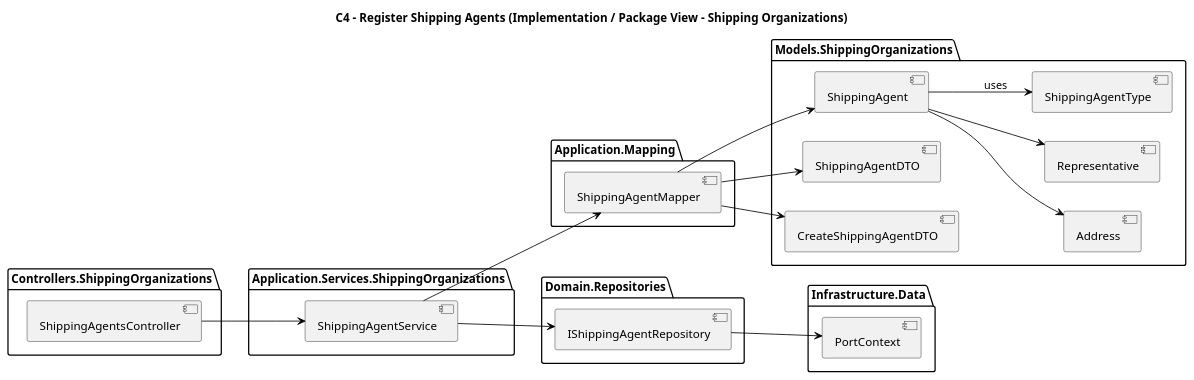
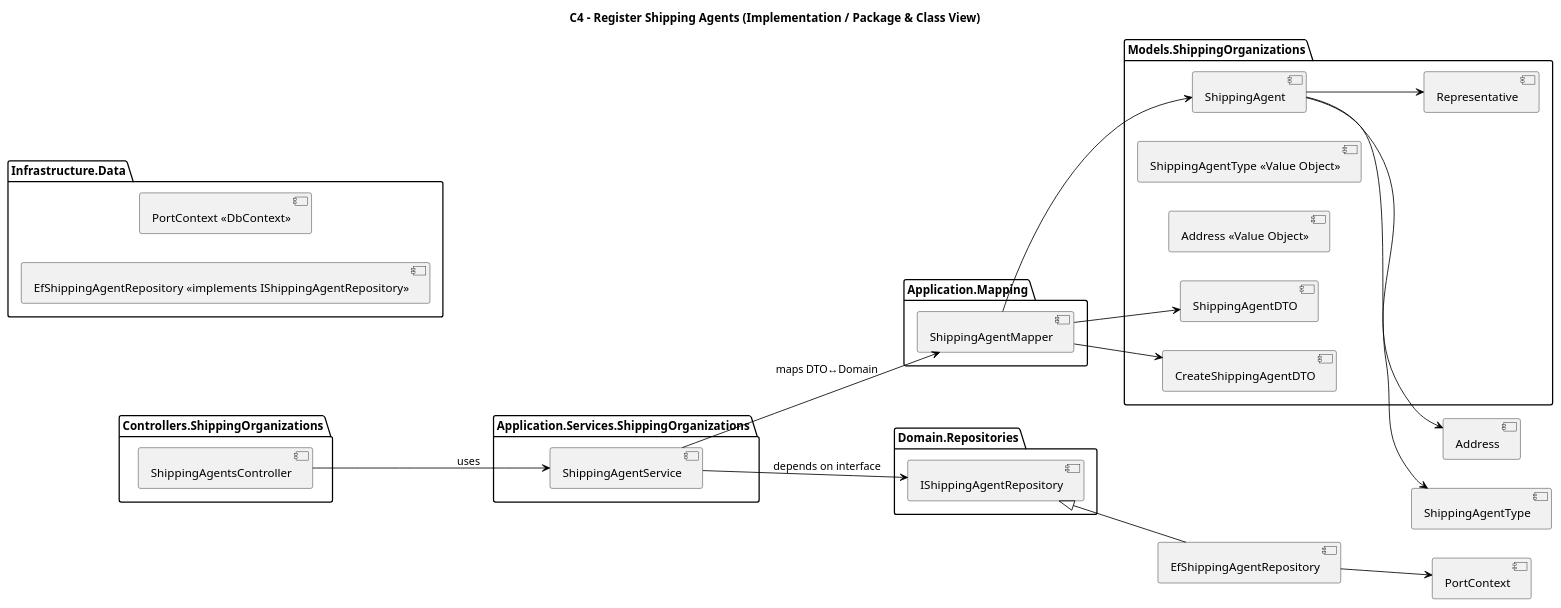
The diagram in Docs/Sprint A/US 2.2.5/Modelo c4/C4_impl.puml (Departamento-de-Engenharia-Informatica/LEI-SEM5-PI-2025-26-3DM-03), drawn with PlantUML before and after one commit. The commit also changed 11 other files, not shown here.

```diff
--- a/Docs/Sprint A/US 2.2.5/Modelo c4/C4_impl.puml
+++ b/Docs/Sprint A/US 2.2.5/Modelo c4/C4_impl.puml
@@ -1,59 +1,67 @@
 @startuml C4_Register_Shipping_Agents_Implementation_View
-title C4 – Register Shipping Agents (Implementation / Package View – Shipping Organizations)
+title C4 – Register Shipping Agents (Implementation / Package & Class View)
 left to right direction
 hide empty members
 
 skinparam package {
   BackgroundColor White
   BorderColor Black
   FontColor Black
+  FontStyle bold
 }
-skinparam arrow {
-  Color Black
-}
+skinparam arrow { 
+  Color Black 
+  }
+
+' ================================
+' Pacotes por camada
+' ================================
 
 package "Controllers.ShippingOrganizations" {
   [ShippingAgentsController]
 }
 
 package "Application.Services.ShippingOrganizations" {
   [ShippingAgentService]
 }
 
 package "Application.Mapping" {
   [ShippingAgentMapper]
 }
 
 package "Domain.Repositories" {
   [IShippingAgentRepository]
 }
 
 package "Models.ShippingOrganizations" {
   [ShippingAgent]
+  [ShippingAgentType <<Value Object>>]
+  [Address <<Value Object>>]
+  [Representative]
   [ShippingAgentDTO]
   [CreateShippingAgentDTO]
-  [Address]
-  [Representative]
-  [ShippingAgentType]
 }
 
 package "Infrastructure.Data" {
-  [PortContext]
+  [PortContext <<DbContext>>]
+  [EfShippingAgentRepository <<implements IShippingAgentRepository>>]
 }
 
-
-[ShippingAgentsController] --> [ShippingAgentService]
-[ShippingAgentService] --> [ShippingAgentMapper]
-[ShippingAgentService] --> [IShippingAgentRepository]
-[IShippingAgentRepository] --> [PortContext]
+' ================================
+' Dependências
+' ================================
+[ShippingAgentsController] --> [ShippingAgentService] : uses
+[ShippingAgentService] --> [ShippingAgentMapper] : maps DTO↔Domain
+[ShippingAgentService] --> [IShippingAgentRepository] : depends on interface
+[EfShippingAgentRepository] -up-|> [IShippingAgentRepository]
+[EfShippingAgentRepository] --> [PortContext]
 
 [ShippingAgentMapper] --> [ShippingAgent]
 [ShippingAgentMapper] --> [ShippingAgentDTO]
 [ShippingAgentMapper] --> [CreateShippingAgentDTO]
 
-
-[ShippingAgent] --> [ShippingAgentType] : uses
-
 [ShippingAgent] --> [Address]
 [ShippingAgent] --> [Representative]
+[ShippingAgent] --> [ShippingAgentType]
+
 @enduml
```
